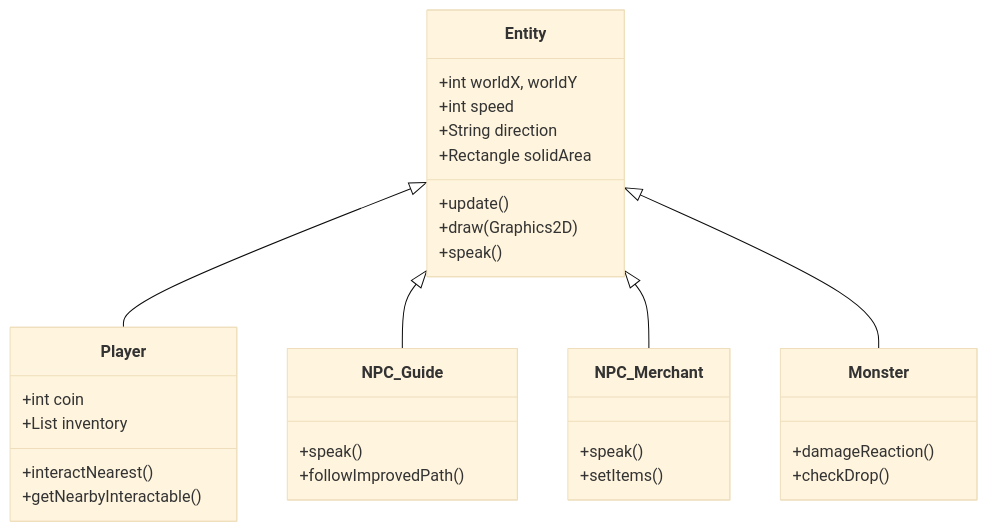
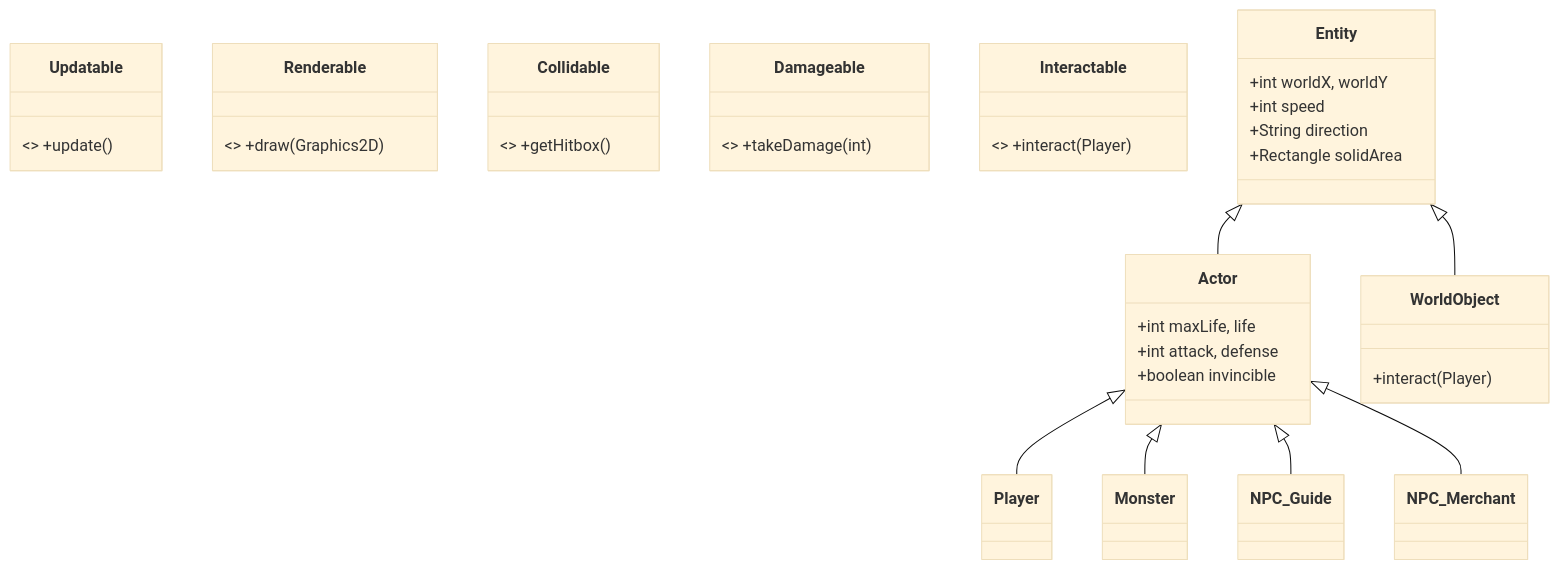
One commit to 1tsMeRaff/LuminasRegret changed the first of 2 diagrams in docs/Architecture.md. Above: the diagram before and after it, drawn with Mermaid (base theme). The commit also changed other lines of this file and 31 other files, not shown here.

````diff
--- a/docs/Architecture.md
+++ b/docs/Architecture.md
@@ -137,34 +150,30 @@
 ```mermaid
 classDiagram
+    class Updatable { <<interface>> +update() }
+    class Renderable { <<interface>> +draw(Graphics2D) }
+    class Collidable { <<interface>> +getHitbox() }
+    class Damageable { <<interface>> +takeDamage(int) }
+    class Interactable { <<interface>> +interact(Player) }
+
     class Entity {
         +int worldX, worldY
         +int speed
         +String direction
         +Rectangle solidArea
-        +update()
-        +draw(Graphics2D)
-        +speak()
     }
-    class Player {
-        +int coin
-        +List inventory
-        +interactNearest()
-        +getNearbyInteractable()
+    class Actor {
+        +int maxLife, life
+        +int attack, defense
+        +boolean invincible
     }
-    class NPC_Guide {
-        +speak()
-        +followImprovedPath()
+    class WorldObject {
+        +interact(Player)
     }
-    class NPC_Merchant {
-        +speak()
-        +setItems()
-    }
-    class Monster {
-        +damageReaction()
-        +checkDrop()
-    }
-    Entity <|-- Player
-    Entity <|-- NPC_Guide
-    Entity <|-- NPC_Merchant
-    Entity <|-- Monster
+
+    Entity <|-- Actor
+    Entity <|-- WorldObject
+    Actor <|-- Player
+    Actor <|-- Monster
+    Actor <|-- NPC_Guide
+    Actor <|-- NPC_Merchant
 ```
````
